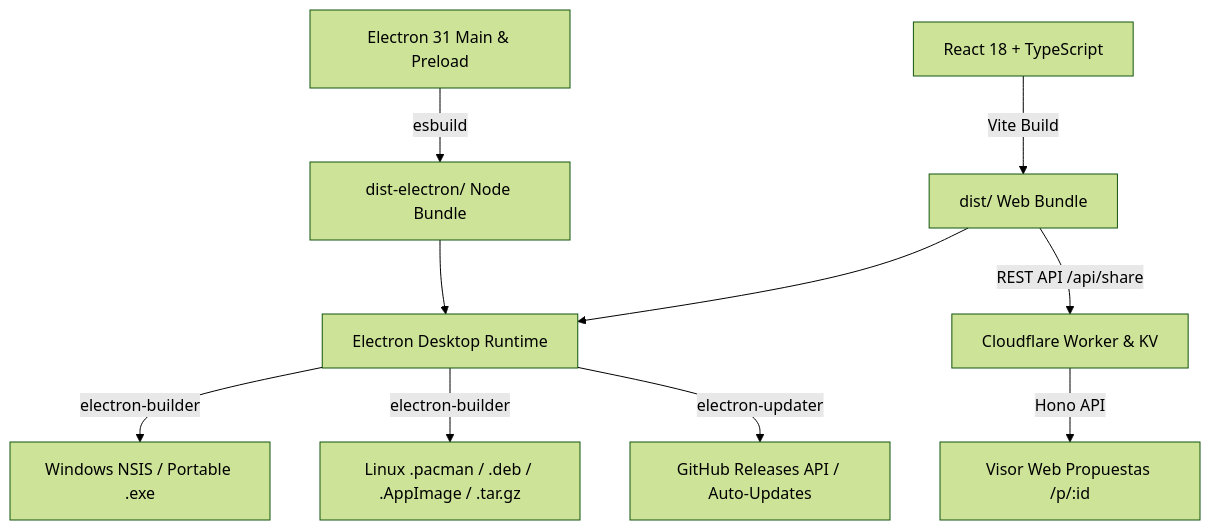
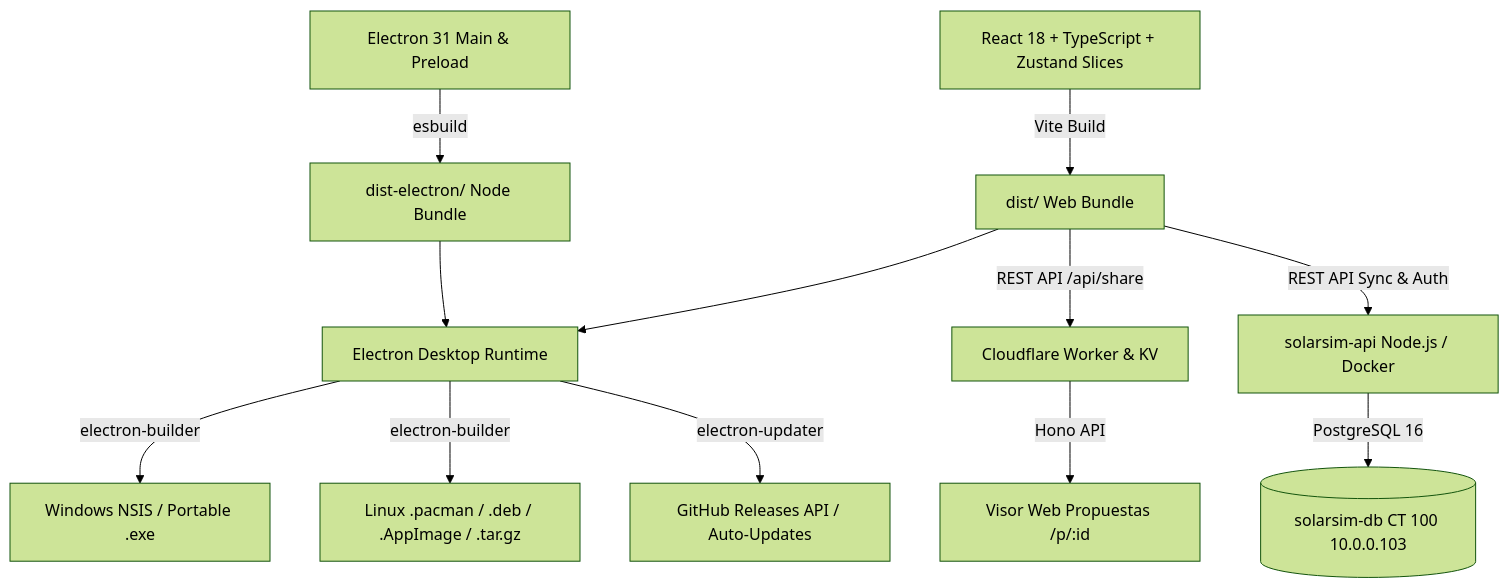
Before and after one commit to WilkerDev1/solarsim-pro: the diagram in docs/MAINTENANCE_AND_UPDATES.md, drawn with Mermaid (forest theme). The commit also changed other lines of this file and 2 other files, not shown here.

````diff
--- a/docs/MAINTENANCE_AND_UPDATES.md
+++ b/docs/MAINTENANCE_AND_UPDATES.md
@@ -10,12 +10,14 @@
 ```mermaid
 graph TD
-    A[React 18 + TypeScript] -->|Vite Build| B[dist/ Web Bundle]
+    A[React 18 + TypeScript + Zustand Slices] -->|Vite Build| B[dist/ Web Bundle]
     C[Electron 31 Main & Preload] -->|esbuild| D[dist-electron/ Node Bundle]
     B --> E[Electron Desktop Runtime]
     D --> E
     E -->|electron-builder| F[Windows NSIS / Portable .exe]
     E -->|electron-builder| G[Linux .pacman / .deb / .AppImage / .tar.gz]
     E -->|electron-updater| H[GitHub Releases API / Auto-Updates]
     I[Cloudflare Worker & KV] -->|Hono API| J[Visor Web Propuestas /p/:id]
     B -->|REST API /api/share| I
+    B -->|REST API Sync & Auth| K[solarsim-api Node.js / Docker]
+    K -->|PostgreSQL 16| L[(solarsim-db CT 100 10.0.0.103)]
 ```
````
